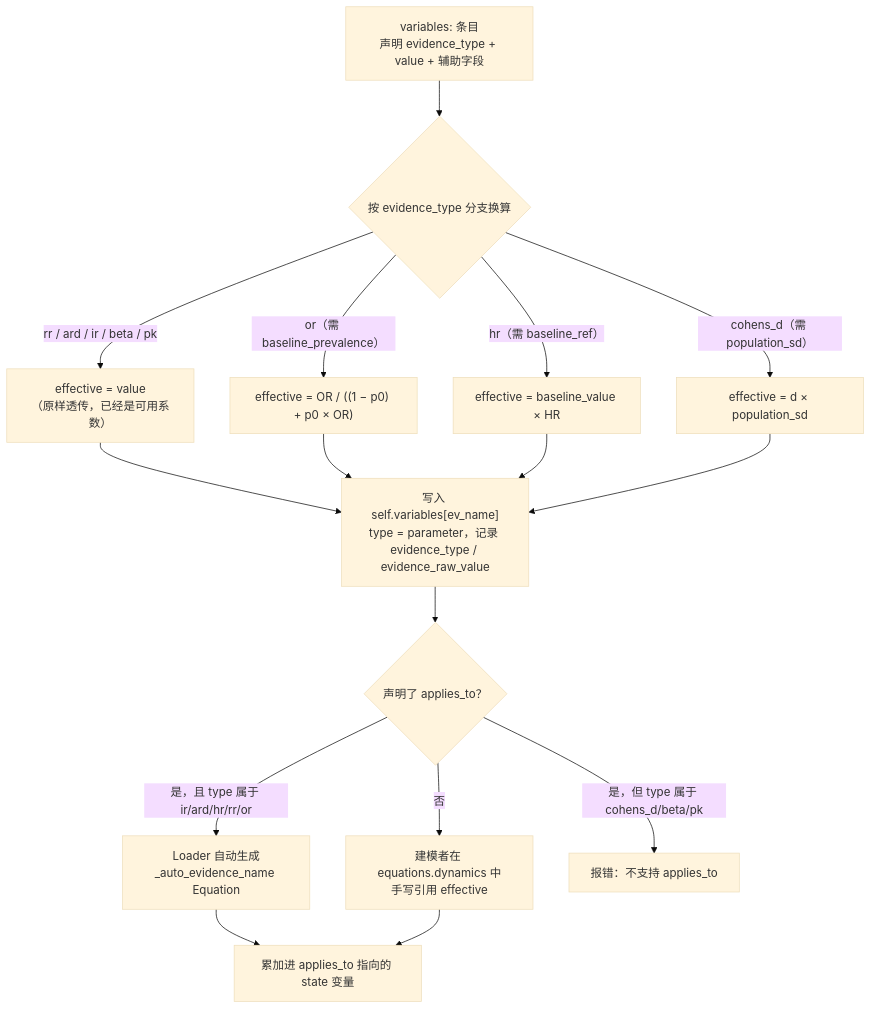
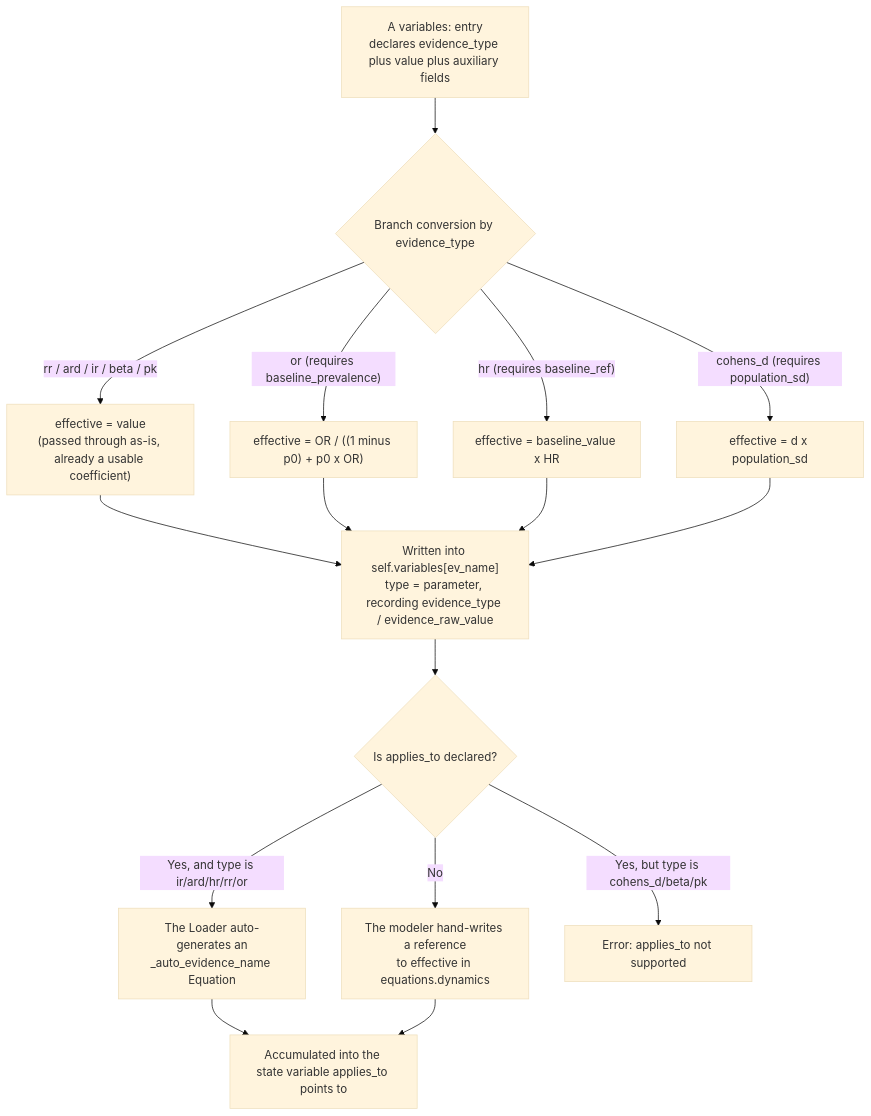
The first of 2 diagrams in docs/evidence/conversion.md (shenfan19/life-matters-reference-engine), drawn with Mermaid (base theme) before and after one commit. The commit also changed other lines of this file and 81 other files, not shown here.

````diff
--- a/docs/evidence/conversion.md
+++ b/docs/evidence/conversion.md
@@ -17,18 +17,18 @@
 ```mermaid
 flowchart TD
-    Y["variables: 条目<br/>声明 evidence_type + value + 辅助字段"] --> T{"按 evidence_type 分支换算"}
-    T -->|"rr / ard / ir / beta / pk"| S1["effective = value<br/>（原样透传，已经是可用系数）"]
-    T -->|"or（需 baseline_prevalence）"| S2["effective = OR / ((1 − p0) + p0 × OR)"]
-    T -->|"hr（需 baseline_ref）"| S3["effective = baseline_value × HR"]
-    T -->|"cohens_d（需 population_sd）"| S4["effective = d × population_sd"]
-    S1 --> V["写入 self.variables[ev_name]<br/>type = parameter，记录 evidence_type / evidence_raw_value"]
+    Y["A variables: entry<br/>declares evidence_type plus value plus auxiliary fields"] --> T{"Branch conversion by evidence_type"}
+    T -->|"rr / ard / ir / beta / pk"| S1["effective = value<br/>(passed through as-is, already a usable coefficient)"]
+    T -->|"or (requires baseline_prevalence)"| S2["effective = OR / ((1 minus p0) + p0 x OR)"]
+    T -->|"hr (requires baseline_ref)"| S3["effective = baseline_value x HR"]
+    T -->|"cohens_d (requires population_sd)"| S4["effective = d x population_sd"]
+    S1 --> V["Written into self.variables[ev_name]<br/>type = parameter, recording evidence_type / evidence_raw_value"]
     S2 --> V
     S3 --> V
     S4 --> V
-    V --> A{"声明了 applies_to？"}
-    A -->|"否"| M["建模者在 equations.dynamics 中<br/>手写引用 effective"]
-    A -->|"是，且 type 属于 ir/ard/hr/rr/or"| G["Loader 自动生成<br/>_auto_evidence_name Equation"]
-    A -->|"是，但 type 属于 cohens_d/beta/pk"| E["报错：不支持 applies_to"]
-    G --> D["累加进 applies_to 指向的 state 变量"]
+    V --> A{"Is applies_to declared?"}
+    A -->|"No"| M["The modeler hand-writes a reference<br/>to effective in equations.dynamics"]
+    A -->|"Yes, and type is ir/ard/hr/rr/or"| G["The Loader auto-generates an<br/>_auto_evidence_name Equation"]
+    A -->|"Yes, but type is cohens_d/beta/pk"| E["Error: applies_to not supported"]
+    G --> D["Accumulated into the state variable applies_to points to"]
     M --> D
 ```
````
